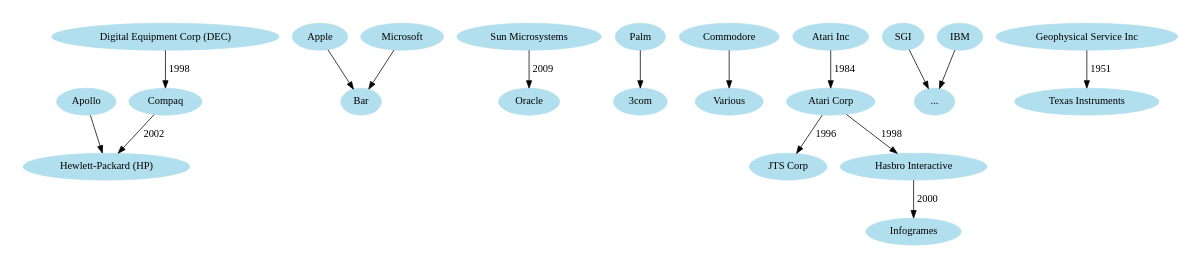
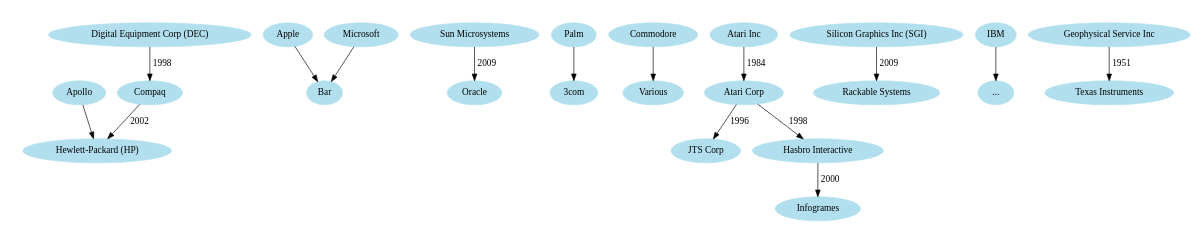
One commit to codejake/tech-companies-family-tree changed the diagram in tech-companies.dot. Above: the diagram before and after it, drawn with Graphviz. The commit also changed 1 other file, not shown here.

```diff
--- a/tech-companies.dot
+++ b/tech-companies.dot
@@ -1,20 +1,21 @@
 digraph techcompanies {
     size="6,6";
     node [color=lightblue2, style=filled];
     "Apollo" -> "Hewlett-Packard (HP)"; /* Founded 1980, Acquired 1989 */
     "Digital Equipment Corp (DEC)" -> "Compaq" [label="1998"];
     "Compaq" -> "Hewlett-Packard (HP)" [label="2002"];
     "Apple" -> "Bar";
     "Microsoft" -> "Bar";
     "Sun Microsystems" -> "Oracle" [label="2009"];
     "Palm" -> "3com";
     "Commodore" -> "Various";
     "Atari Inc" -> "Atari Corp" [label="1984"];
     "Atari Corp" -> "JTS Corp" [label="1996"];
     "Atari Corp" -> "Hasbro Interactive" [label="1998"];
     "Hasbro Interactive" -> "Infogrames" [label="2000"];
-    "SGI" -> "...";
+    "Silicon Graphics Inc (SGI)" -> "Rackable Systems" [label="2009"];
     "IBM" -> "...";
     "Geophysical Service Inc" -> "Texas Instruments" [label="1951"]
 
+
 }
```
